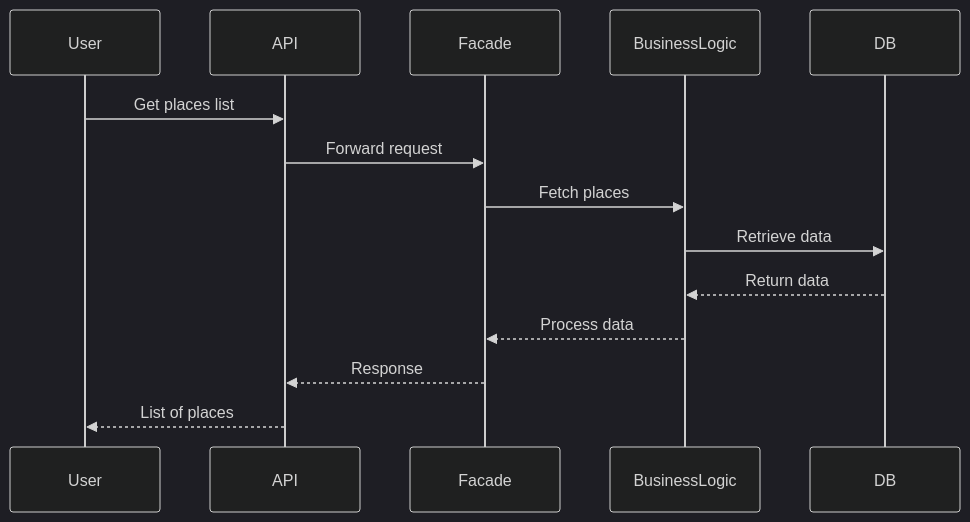
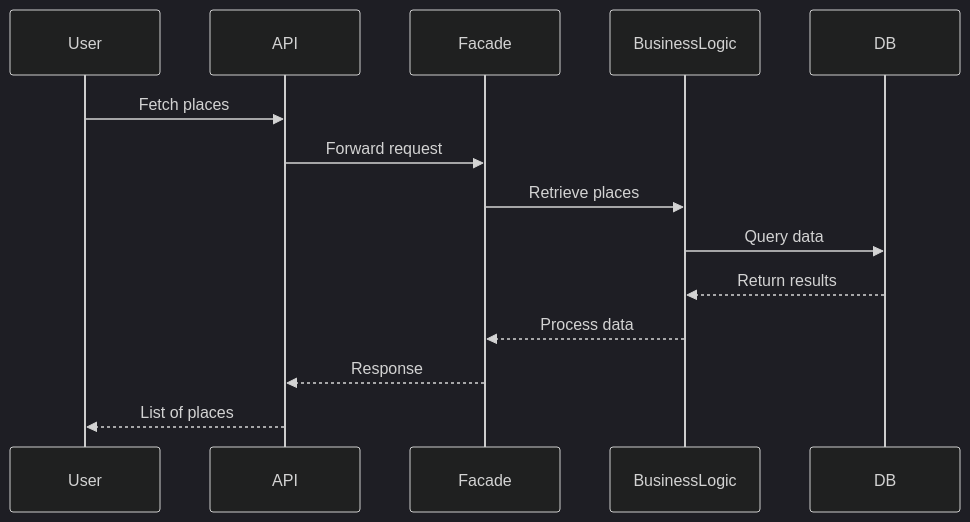
One commit to niceehi/holbertonschool-hbnb changed the sixth of 6 diagrams in part1/README.md. Above: the diagram before and after it, drawn with Mermaid (dark theme). The commit also changed other lines of this file, not shown here.

````diff
--- a/part1/README.md
+++ b/part1/README.md
@@ -269,17 +268,17 @@
 ```mermaid
 sequenceDiagram
 participant User
 participant API
 participant Facade
 participant BusinessLogic
 participant DB
 
-User->>API: Get places list
+User->>API: Fetch places
 API->>Facade: Forward request
-Facade->>BusinessLogic: Fetch places
-BusinessLogic->>DB: Retrieve data
-DB-->>BusinessLogic: Return data
+Facade->>BusinessLogic: Retrieve places
+BusinessLogic->>DB: Query data
+DB-->>BusinessLogic: Return results
 BusinessLogic-->>Facade: Process data
 Facade-->>API: Response
 API-->>User: List of places
 ```
````
